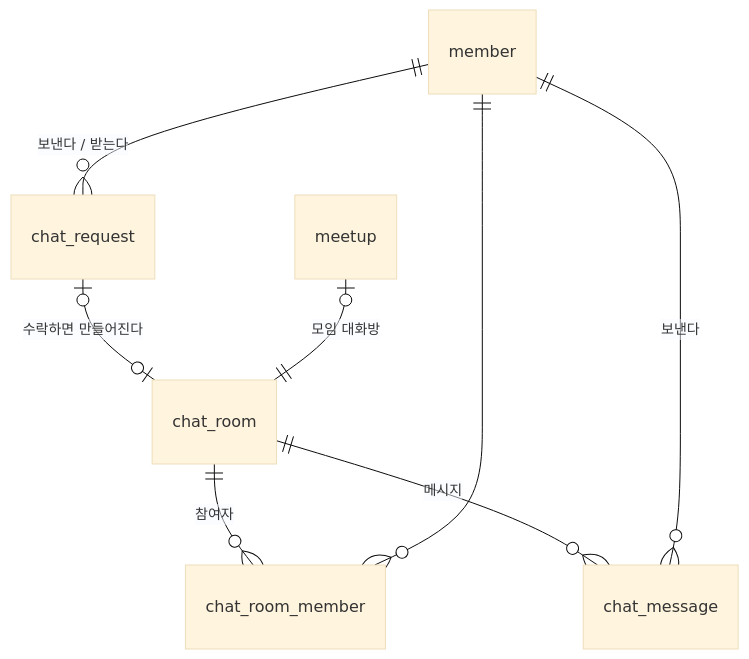
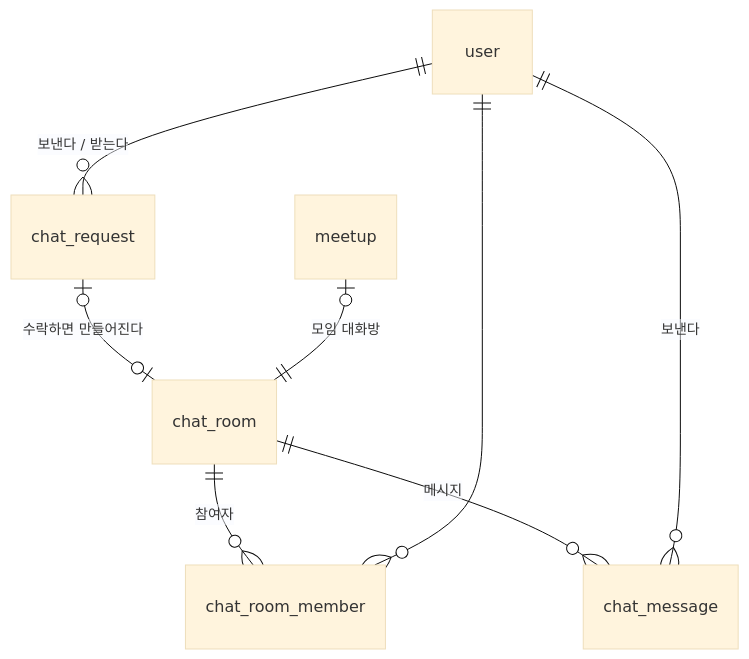
Before and after one commit to it-ting-team/it-ting: the diagram in docs/db/chat.md, drawn with Mermaid (base theme). The commit also changed other lines of this file and 6 other files, not shown here.

````diff
--- a/docs/db/chat.md
+++ b/docs/db/chat.md
@@ -5,10 +5,10 @@
 ```mermaid
 erDiagram
-    member ||--o{ chat_request : "보낸다 / 받는다"
+    user ||--o{ chat_request : "보낸다 / 받는다"
     chat_request |o--o| chat_room : "수락하면 만들어진다"
     meetup |o--|| chat_room : "모임 대화방"
     chat_room ||--o{ chat_room_member : "참여자"
-    member ||--o{ chat_room_member : ""
+    user ||--o{ chat_room_member : ""
     chat_room ||--o{ chat_message : "메시지"
-    member ||--o{ chat_message : "보낸다"
+    user ||--o{ chat_message : "보낸다"
 ```
````
